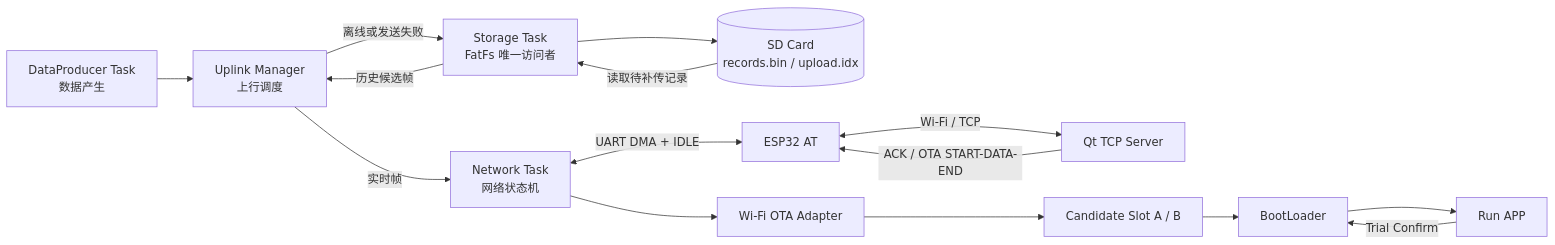
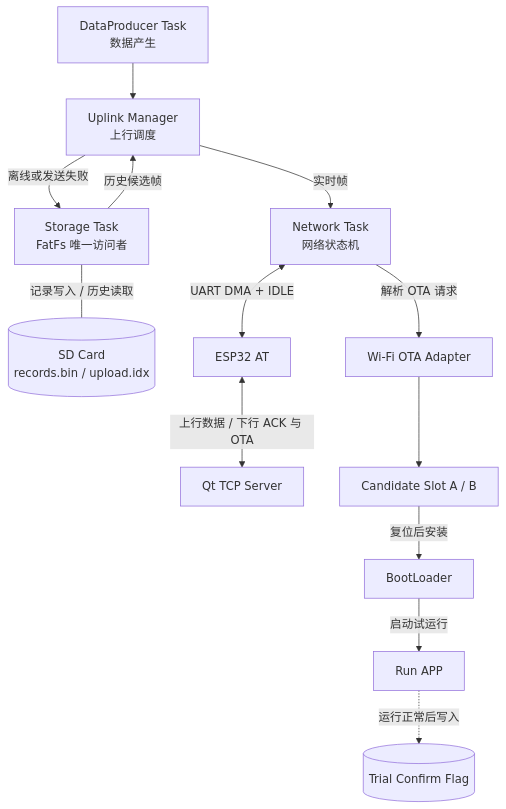
Before and after one commit to Secret-G/STM32-Reliable-Data-Terminal: the first of 2 diagrams in README.md, drawn with Mermaid. The commit also changed other lines of this file, not shown here.

````diff
--- a/README.md
+++ b/README.md
@@ -32,19 +18,30 @@
 ```mermaid
-flowchart LR
-    DP[DataProducer Task\n数据产生] --> UM[Uplink Manager\n上行调度]
-    UM -->|实时帧| NET[Network Task\n网络状态机]
-    UM -->|离线或发送失败| ST[Storage Task\nFatFs 唯一访问者]
-    ST --> SD[(SD Card\nrecords.bin / upload.idx)]
-    SD -->|读取待补传记录| ST
+flowchart TB
+    DP[DataProducer Task<br/>数据产生]
+    UM[Uplink Manager<br/>上行调度]
+    NET[Network Task<br/>网络状态机]
+    ST[Storage Task<br/>FatFs 唯一访问者]
+    SD[(SD Card<br/>records.bin / upload.idx)]
+    ESP[ESP32 AT]
+    QT[Qt TCP Server]
+    OTA[Wi-Fi OTA Adapter]
+    SLOT[Candidate Slot A / B]
+    BL[BootLoader]
+    RUN[Run APP]
+    CONFIRM[(Trial Confirm Flag)]
+
+    DP --> UM
+    UM -->|实时帧| NET
+    UM -->|离线或发送失败| ST
+    ST ---|记录写入 / 历史读取| SD
     ST -->|历史候选帧| UM
 
-    NET <-->|UART DMA + IDLE| ESP[ESP32 AT]
-    ESP <-->|Wi-Fi / TCP| QT[Qt TCP Server]
-    QT -->|ACK / OTA START-DATA-END| ESP
+    NET <-->|UART DMA + IDLE| ESP
+    ESP <-->|上行数据 / 下行 ACK 与 OTA| QT
 
-    NET --> OTA[Wi-Fi OTA Adapter]
-    OTA --> SLOT[Candidate Slot A / B]
-    SLOT --> BL[BootLoader]
-    BL --> RUN[Run APP]
-    RUN -->|Trial Confirm| BL
+    NET -->|解析 OTA 请求| OTA
+    OTA --> SLOT
+    SLOT -->|复位后安装| BL
+    BL -->|启动试运行| RUN
+    RUN -.->|运行正常后写入| CONFIRM
 ```
````
